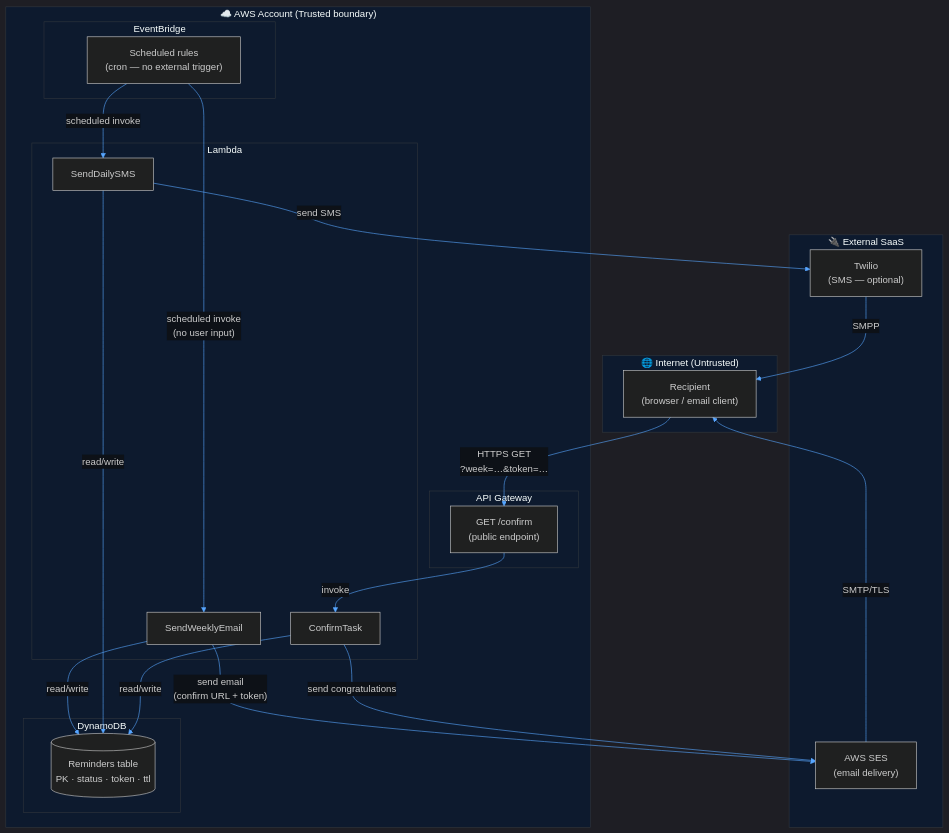
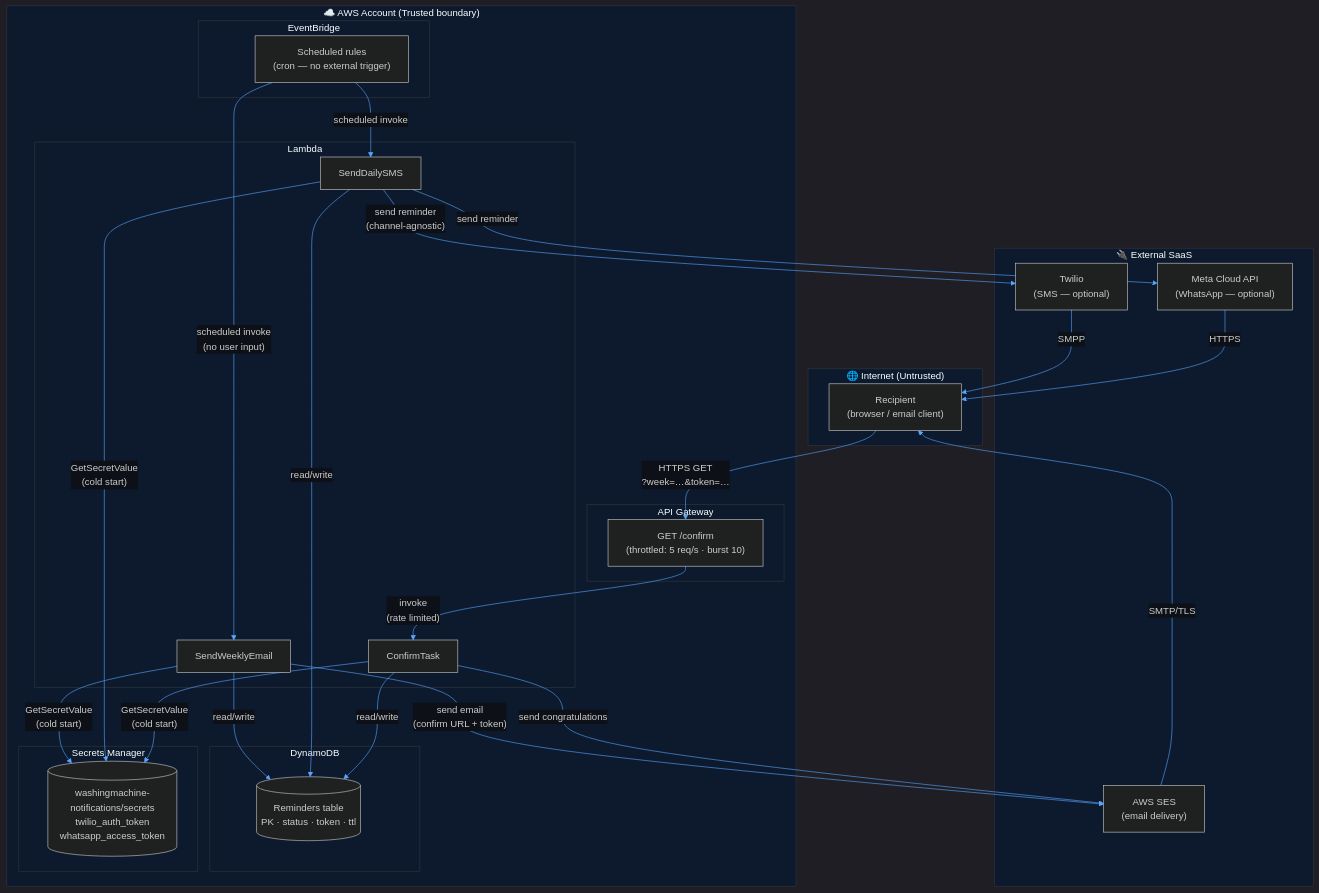
Before and after one commit to baldrickuk/washingmachine-notifications: the first of 6 diagrams in docs/threat-model.md, drawn with Mermaid. The commit also changed other lines of this file and 1 other file, not shown here.

First line of the commit message:
Update architecture and threat model docs

````diff
--- a/docs/threat-model.md
+++ b/docs/threat-model.md
@@ -22,50 +22,59 @@
 ```mermaid
 %%{init: {'theme': 'dark', 'themeVariables': {'primaryColor': '#1e3a5f', 'primaryTextColor': '#c9d1d9', 'primaryBorderColor': '#4a7ab5', 'lineColor': '#58a6ff', 'edgeLabelBackground': '#0d1117', 'clusterBkg': '#0d1a2e', 'clusterBorder': '#30363d'}}}%%
 
 flowchart TD
     subgraph internet ["🌐  Internet (Untrusted)"]
         USER["Recipient\n(browser / email client)"]
     end
 
     subgraph aws ["☁️  AWS Account (Trusted boundary)"]
         subgraph sched ["EventBridge"]
             EB["Scheduled rules\n(cron — no external trigger)"]
         end
 
         subgraph compute ["Lambda"]
             L1["SendWeeklyEmail"]
             L2["SendDailySMS"]
             L3["ConfirmTask"]
         end
 
         subgraph storage ["DynamoDB"]
             DB[("Reminders table\nPK · status · token · ttl")]
         end
 
+        subgraph secrets ["Secrets Manager"]
+            SM[("washingmachine-notifications/secrets\ntwilio_auth_token\nwhatsapp_access_token")]
+        end
+
         subgraph apigw ["API Gateway"]
-            GW["GET /confirm\n(public endpoint)"]
+            GW["GET /confirm\n(throttled: 5 req/s · burst 10)"]
         end
     end
 
     subgraph saas ["🔌  External SaaS"]
         SES["AWS SES\n(email delivery)"]
         TWILIO["Twilio\n(SMS — optional)"]
+        WA["Meta Cloud API\n(WhatsApp — optional)"]
     end
 
     EB -->|"scheduled invoke\n(no user input)"| L1
     EB -->|"scheduled invoke"| L2
+    L1 & L2 & L3 -->|"GetSecretValue\n(cold start)"| SM
     L1 -->|"read/write"| DB
     L2 -->|"read/write"| DB
     L3 -->|"read/write"| DB
     L1 -->|"send email\n(confirm URL + token)"| SES
-    L2 -->|"send SMS"| TWILIO
+    L2 -->|"send reminder\n(channel-agnostic)"| TWILIO
+    L2 -->|"send reminder"| WA
     SES -->|"SMTP/TLS"| USER
     TWILIO -->|"SMPP"| USER
+    WA -->|"HTTPS"| USER
     USER -->|"HTTPS GET\n?week=…&token=…"| GW
-    GW -->|"invoke"| L3
+    GW -->|"invoke\n(rate limited)"| L3
     L3 -->|"send congratulations"| SES
 
     classDef trust fill:#0d2137,stroke:#1e4a7a
     classDef untrust fill:#2a1a1a,stroke:#7a1e1e
     classDef saas fill:#1a2a1a,stroke:#2a5a2a
+    classDef secured fill:#1a1a3a,stroke:#4a4a8a
 ```
````
